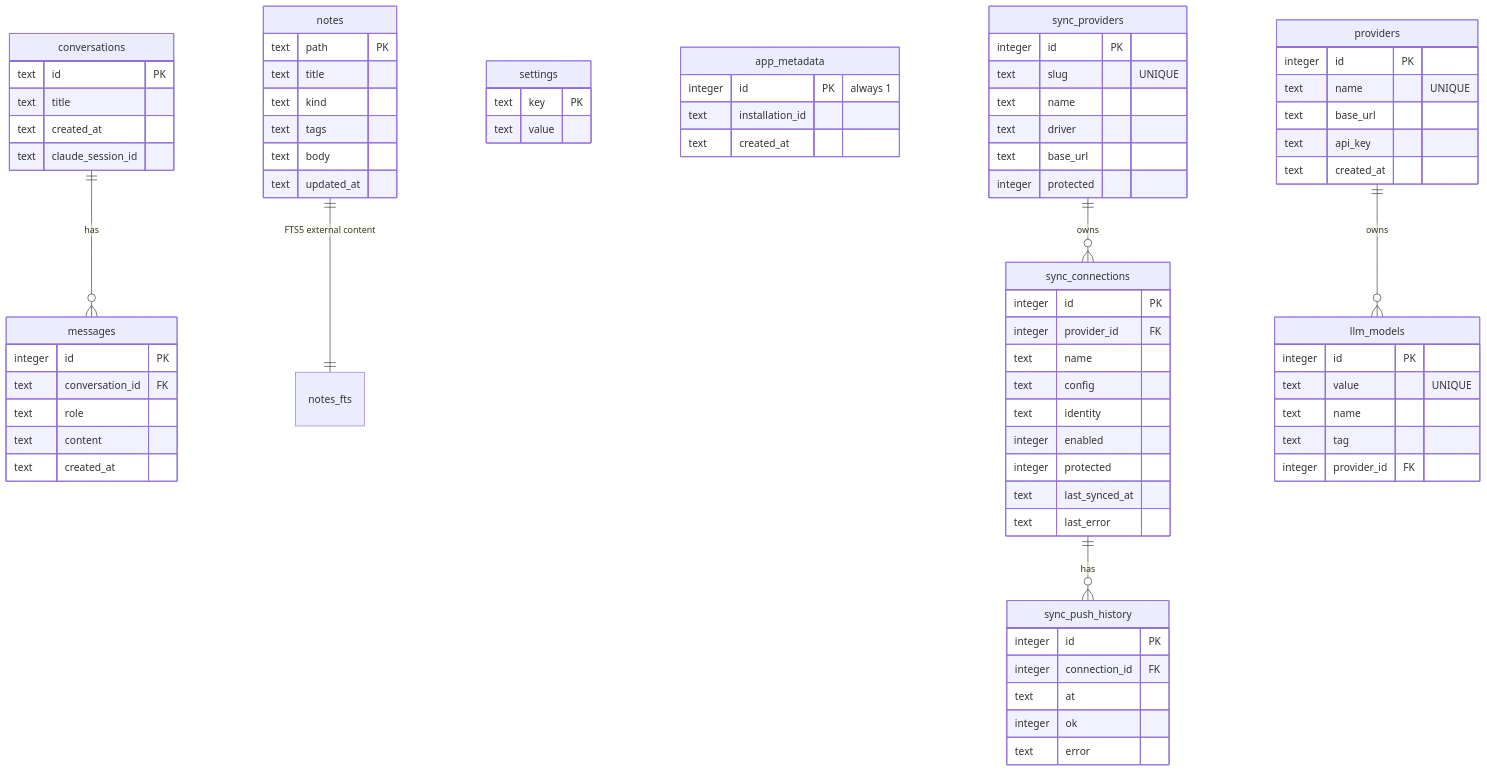
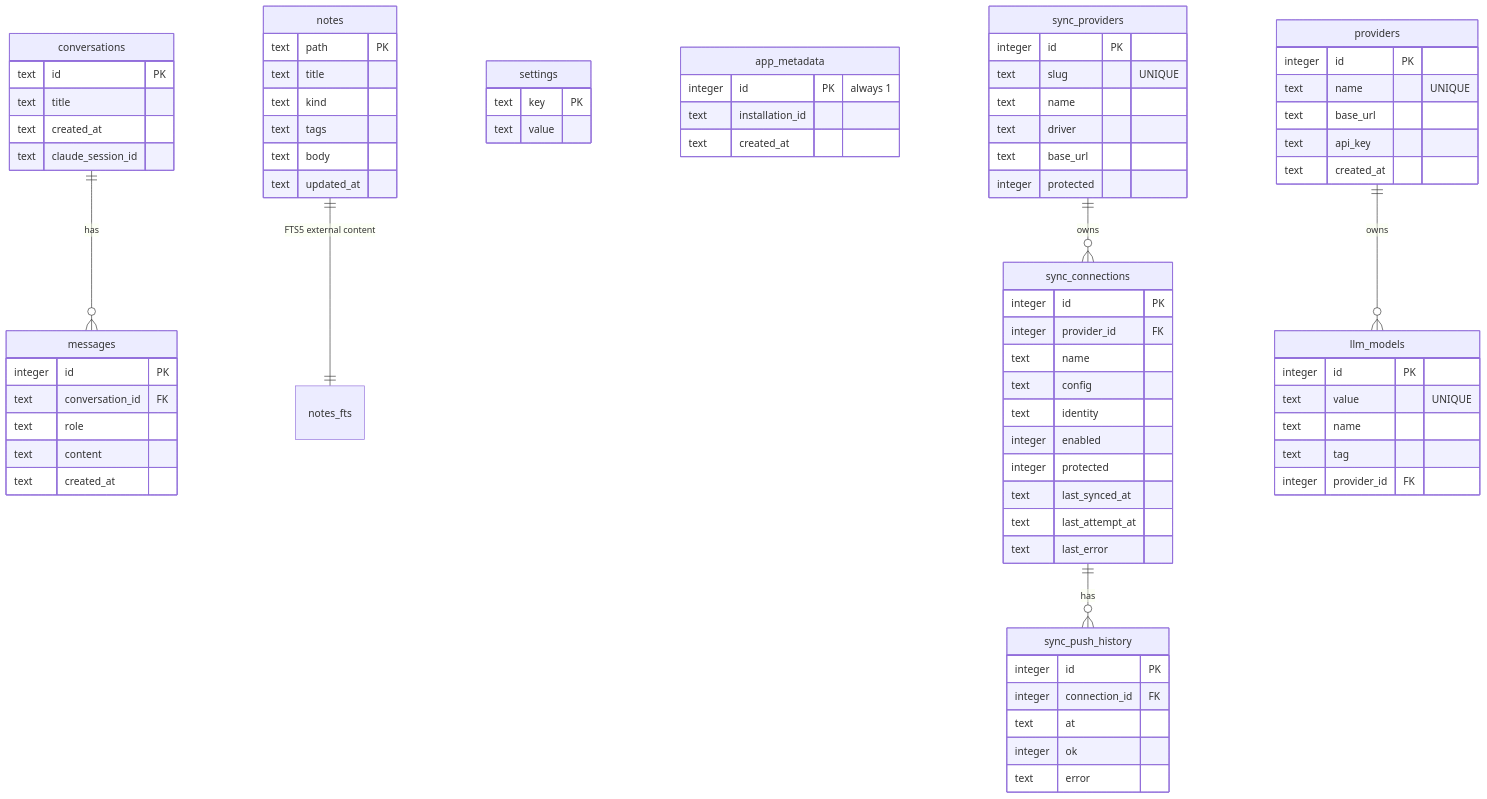
Before and after one commit to shiv-source/thoth: the diagram in docs/schema.md, drawn with Mermaid. The commit also changed other lines of this file and 12 other files, not shown here.

````diff
--- a/docs/schema.md
+++ b/docs/schema.md
@@ -5,78 +5,79 @@
 ```mermaid
 erDiagram
     conversations ||--o{ messages : "has"
     conversations {
         text id PK
         text title
         text created_at
         text claude_session_id
     }
     messages {
         integer id PK
         text conversation_id FK
         text role
         text content
         text created_at
     }
     notes ||--|| notes_fts : "FTS5 external content"
     notes {
         text path PK
         text title
         text kind
         text tags
         text body
         text updated_at
     }
     settings {
         text key PK
         text value
     }
     app_metadata {
         integer id PK "always 1"
         text installation_id
         text created_at
     }
     sync_providers ||--o{ sync_connections : "owns"
     sync_providers {
         integer id PK
         text slug "UNIQUE"
         text name
         text driver
         text base_url
         integer protected
     }
     sync_connections ||--o{ sync_push_history : "has"
     sync_connections {
         integer id PK
         integer provider_id FK
         text name
         text config
         text identity
         integer enabled
         integer protected
         text last_synced_at
+        text last_attempt_at
         text last_error
     }
     sync_push_history {
         integer id PK
         integer connection_id FK
         text at
         integer ok
         text error
     }
     providers ||--o{ llm_models : "owns"
     providers {
         integer id PK
         text name "UNIQUE"
         text base_url
         text api_key
         text created_at
     }
     llm_models {
         integer id PK
         text value "UNIQUE"
         text name
         text tag
         integer provider_id FK
     }
 ```
````
